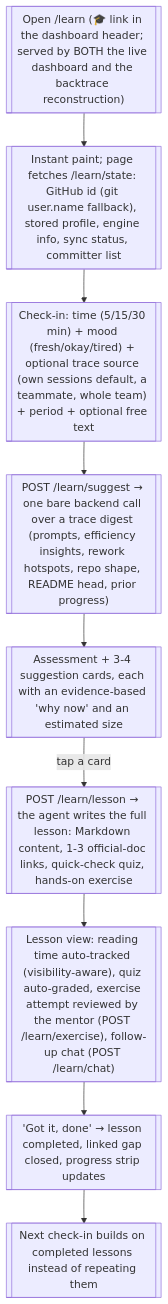
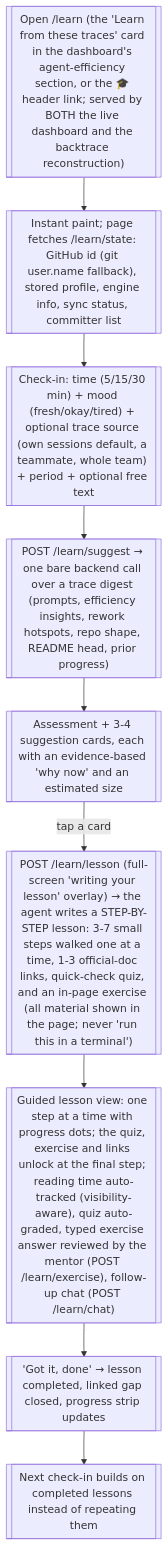
Diagram 19 of 19 in docs/user-flow.md (core-aix/agitrack), drawn with Mermaid before and after one commit. The commit also changed other lines of this file and 8 other files, not shown here.

````diff
--- a/docs/user-flow.md
+++ b/docs/user-flow.md
@@ -804,11 +804,11 @@
 ```mermaid
 flowchart TD
-  open[["Open /learn (🎓 link in the dashboard header; served by BOTH the live dashboard and the backtrace reconstruction)"]] --> paint[["Instant paint; page fetches /learn/state: GitHub id (git user.name fallback), stored profile, engine info, sync status, committer list"]]
+  open[["Open /learn (the 'Learn from these traces' card in the dashboard's agent-efficiency section, or the 🎓 header link; served by BOTH the live dashboard and the backtrace reconstruction)"]] --> paint[["Instant paint; page fetches /learn/state: GitHub id (git user.name fallback), stored profile, engine info, sync status, committer list"]]
   paint --> checkin[["Check-in: time (5/15/30 min) + mood (fresh/okay/tired) + optional trace source (own sessions default, a teammate, whole team) + period + optional free text"]]
   checkin --> sugg[["POST /learn/suggest → one bare backend call over a trace digest (prompts, efficiency insights, rework hotspots, repo shape, README head, prior progress)"]]
   sugg --> cards[["Assessment + 3-4 suggestion cards, each with an evidence-based 'why now' and an estimated size"]]
-  cards -->|tap a card| lesson[["POST /learn/lesson → the agent writes the full lesson: Markdown content, 1-3 official-doc links, quick-check quiz, hands-on exercise"]]
-  lesson --> read[["Lesson view: reading time auto-tracked (visibility-aware), quiz auto-graded, exercise attempt reviewed by the mentor (POST /learn/exercise), follow-up chat (POST /learn/chat)"]]
+  cards -->|tap a card| lesson[["POST /learn/lesson (full-screen 'writing your lesson' overlay) → the agent writes a STEP-BY-STEP lesson: 3-7 small steps walked one at a time, 1-3 official-doc links, quick-check quiz, and an in-page exercise (all material shown in the page; never 'run this in a terminal')"]]
+  lesson --> read[["Guided lesson view: one step at a time with progress dots; the quiz, exercise and links unlock at the final step; reading time auto-tracked (visibility-aware), quiz auto-graded, typed exercise answer reviewed by the mentor (POST /learn/exercise), follow-up chat (POST /learn/chat)"]]
   read --> done[["'Got it, done' → lesson completed, linked gap closed, progress strip updates"]]
   done --> next[["Next check-in builds on completed lessons instead of repeating them"]]
 ```
````
